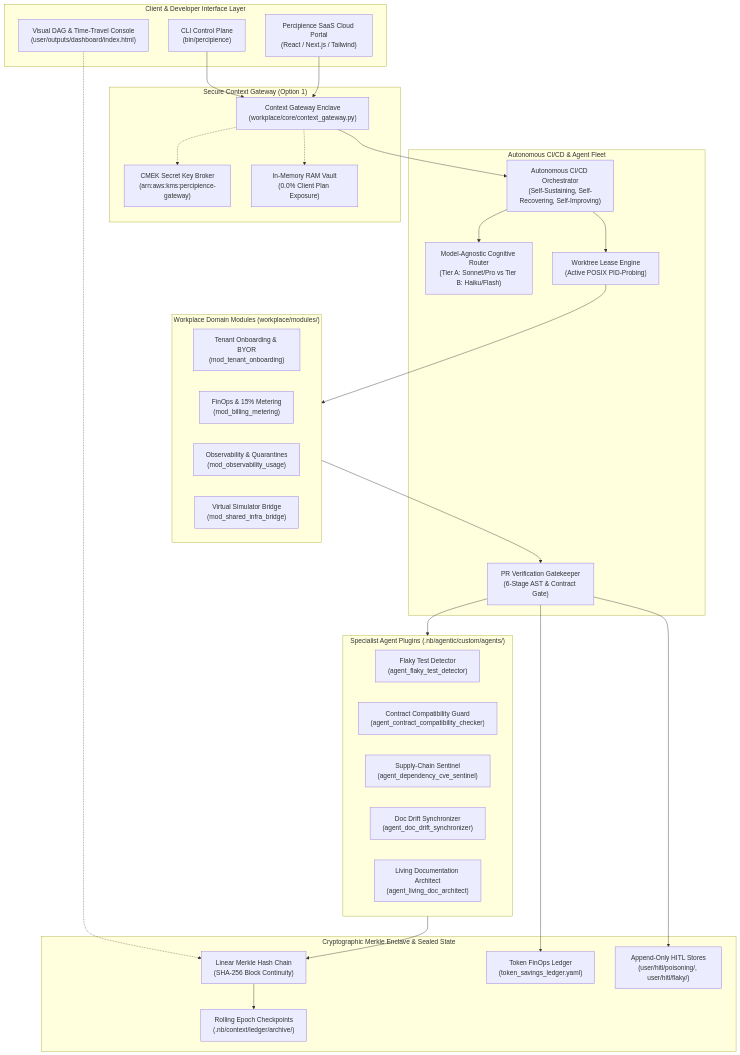
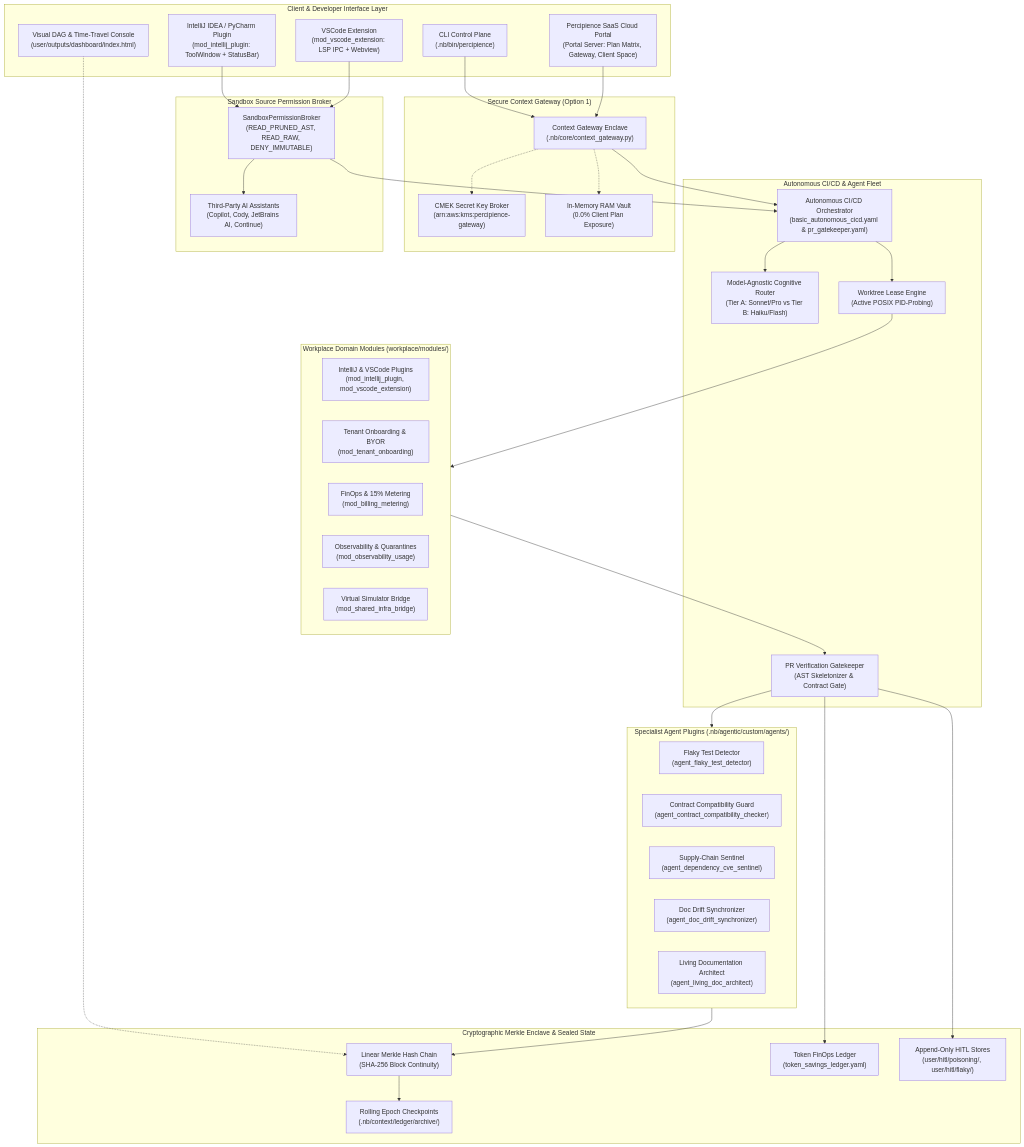
The diagram in workplace/docs/architecture.md (lakhwindersingh/nb_fairyfly), drawn with Mermaid before and after one commit. The commit also changed other lines of this file and 120 other files, not shown here.

````diff
--- a/workplace/docs/architecture.md
+++ b/workplace/docs/architecture.md
@@ -10,59 +10,71 @@
 ```mermaid
 graph TD
   subgraph Client_Layer["Client & Developer Interface Layer"]
-    CLI["CLI Control Plane<br/>(bin/percipience)"]
-    WebPortal["Percipience SaaS Cloud Portal<br/>(React / Next.js / Tailwind)"]
+    CLI["CLI Control Plane<br/>(.nb/bin/percipience)"]
+    IntelliJ["IntelliJ IDEA / PyCharm Plugin<br/>(mod_intellij_plugin: ToolWindow + StatusBar)"]
+    VSCode["VSCode Extension<br/>(mod_vscode_extension: LSP IPC + Webview)"]
+    WebPortal["Percipience SaaS Cloud Portal<br/>(Portal Server: Plan Matrix, Gateway, Client Space)"]
     TimeTravelDash["Visual DAG & Time-Travel Console<br/>(user/outputs/dashboard/index.html)"]
   end
 
   subgraph Gateway_Enclave["Secure Context Gateway (Option 1)"]
-    GW["Context Gateway Enclave<br/>(workplace/core/context_gateway.py)"]
+    GW["Context Gateway Enclave<br/>(.nb/core/context_gateway.py)"]
     KMS["CMEK Secret Key Broker<br/>(arn:aws:kms:percipience-gateway)"]
     RAMEnclave["In-Memory RAM Vault<br/>(0.0% Client Plan Exposure)"]
   end
 
+  subgraph Sandbox_Security["Sandbox Source Permission Broker"]
+    Broker["SandboxPermissionBroker<br/>(READ_PRUNED_AST, READ_RAW, DENY_IMMUTABLE)"]
+    ThirdPartyLLM["Third-Party AI Assistants<br/>(Copilot, Cody, JetBrains AI, Continue)"]
+    Broker --> ThirdPartyLLM
+  end
+
   subgraph Orchestration_Layer["Autonomous CI/CD & Agent Fleet"]
-    Orchestrator["Autonomous CI/CD Orchestrator<br/>(Self-Sustaining, Self-Recovering, Self-Improving)"]
+    Orchestrator["Autonomous CI/CD Orchestrator<br/>(basic_autonomous_cicd.yaml & pr_gatekeeper.yaml)"]
     CognitiveRouter["Model-Agnostic Cognitive Router<br/>(Tier A: Sonnet/Pro vs Tier B: Haiku/Flash)"]
     WorktreeEngine["Worktree Lease Engine<br/>(Active POSIX PID-Probing)"]
-    Gatekeeper["PR Verification Gatekeeper<br/>(6-Stage AST & Contract Gate)"]
+    Gatekeeper["PR Verification Gatekeeper<br/>(AST Skeletonizer & Contract Gate)"]
   end
 
   subgraph Specialist_Fleet["Specialist Agent Plugins (.nb/agentic/custom/agents/)"]
     FlakyAgent["Flaky Test Detector<br/>(agent_flaky_test_detector)"]
     ContractAgent["Contract Compatibility Guard<br/>(agent_contract_compatibility_checker)"]
     CVEAgent["Supply-Chain Sentinel<br/>(agent_dependency_cve_sentinel)"]
     DriftAgent["Doc Drift Synchronizer<br/>(agent_doc_drift_synchronizer)"]
     LivingDocAgent["Living Documentation Architect<br/>(agent_living_doc_architect)"]
   end
 
   subgraph Domain_Modules["Workplace Domain Modules (workplace/modules/)"]
+    PluginMod["IntelliJ & VSCode Plugins<br/>(mod_intellij_plugin, mod_vscode_extension)"]
     TenantMod["Tenant Onboarding & BYOR<br/>(mod_tenant_onboarding)"]
     BillingMod["FinOps & 15% Metering<br/>(mod_billing_metering)"]
     ObsMod["Observability & Quarantines<br/>(mod_observability_usage)"]
     BridgeMod["Virtual Simulator Bridge<br/>(mod_shared_infra_bridge)"]
   end
 
   subgraph Enclave_Ledger["Cryptographic Merkle Enclave & Sealed State"]
     MerkleChain["Linear Merkle Hash Chain<br/>(SHA-256 Block Continuity)"]
     EpochArchive["Rolling Epoch Checkpoints<br/>(.nb/context/ledger/archive/)"]
     TokenLedger["Token FinOps Ledger<br/>(token_savings_ledger.yaml)"]
     HITLStores["Append-Only HITL Stores<br/>(user/hitl/poisoning/, user/hitl/flaky/)"]
   end
 
   CLI --> GW
+  IntelliJ --> Broker
+  VSCode --> Broker
+  Broker --> Orchestrator
   WebPortal --> GW
   GW --> Orchestrator
   GW -.-> KMS
   GW -.-> RAMEnclave
   Orchestrator --> CognitiveRouter
   Orchestrator --> WorktreeEngine
   WorktreeEngine --> Domain_Modules
   Domain_Modules --> Gatekeeper
   Gatekeeper --> Specialist_Fleet
   Specialist_Fleet --> MerkleChain
   MerkleChain --> EpochArchive
   Gatekeeper --> TokenLedger
   Gatekeeper --> HITLStores
   TimeTravelDash -.-> MerkleChain
 ```
````
